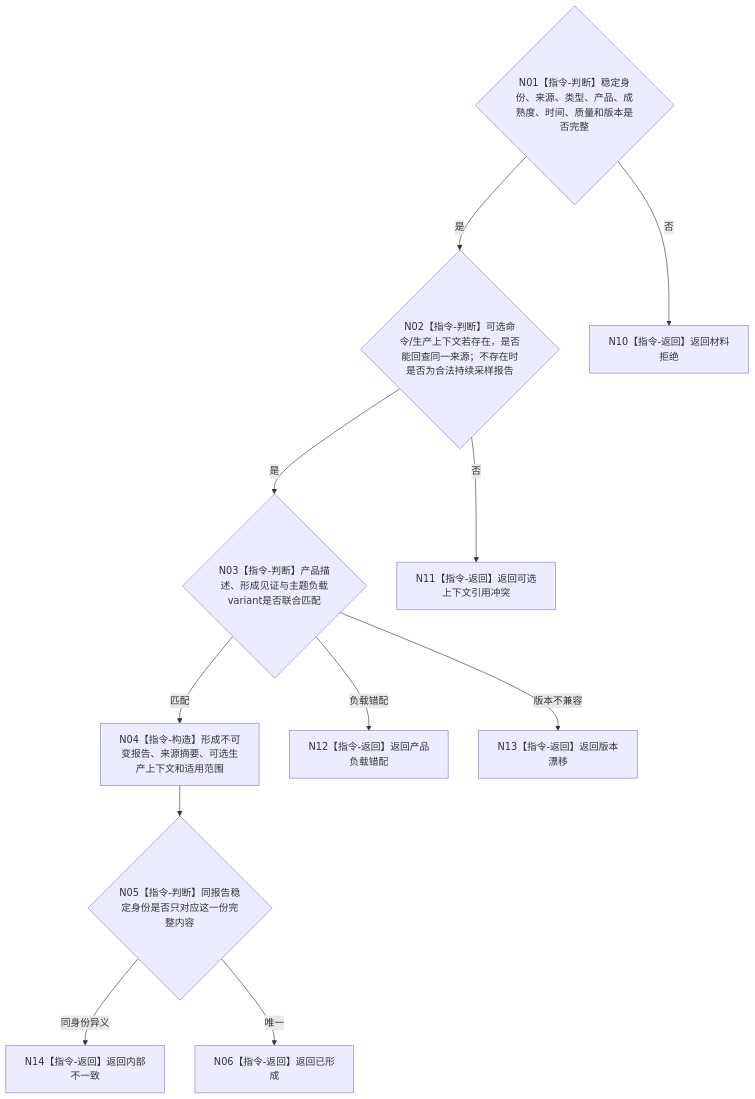
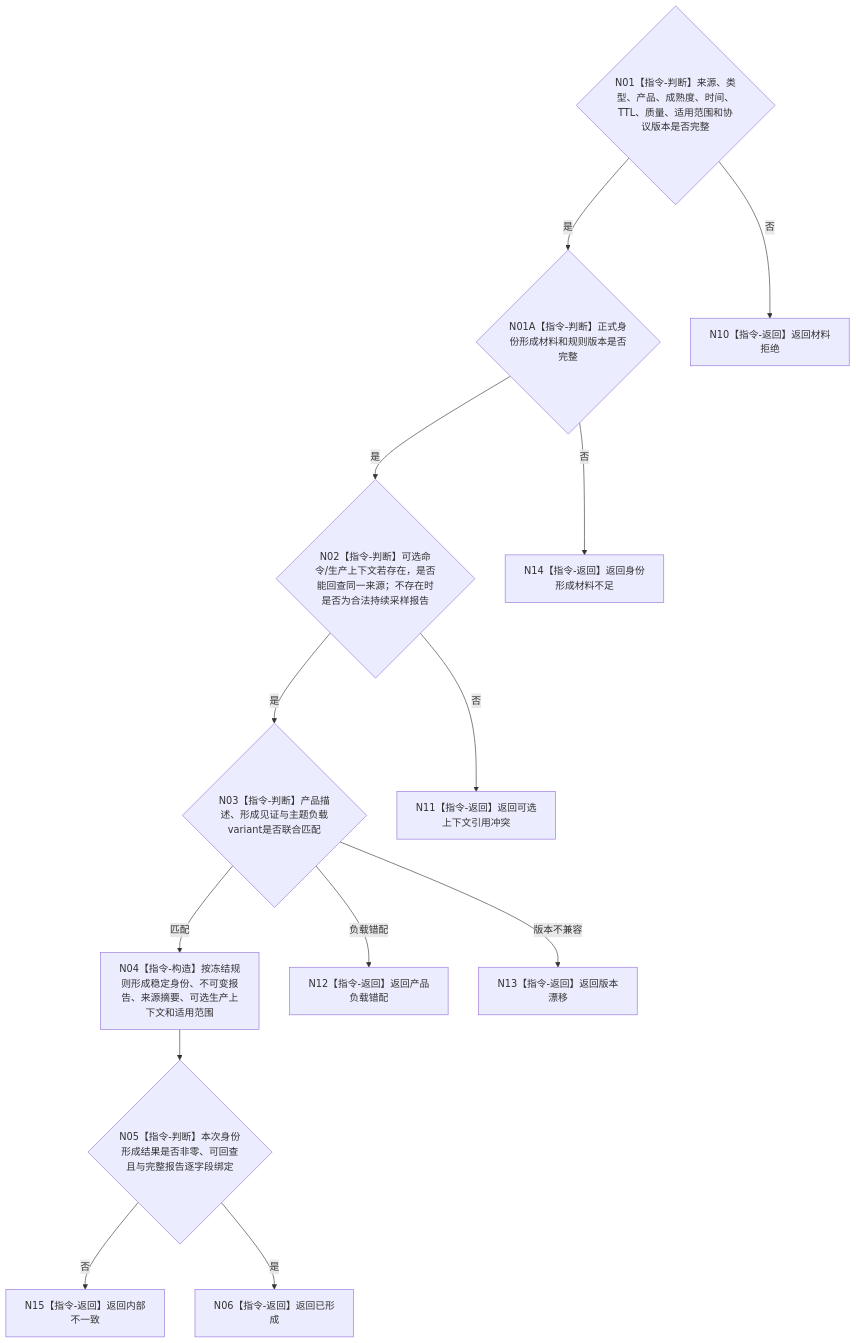
Before and after one commit to chunhaizh-cyber/HY-Ego: the diagram in 流程图/目标业务流程图/L3/BIZ-L3-006-03-04_构造强类型外设报告_目标函数流程图_v0.2.md, drawn with Mermaid. The commit also changed other lines of this file and 20 other files, not shown here.

Commit message:
校正 BIZ-L2-006 外设流程图

````diff
--- a/流程图/目标业务流程图/L3/BIZ-L3-006-03-04_构造强类型外设报告_目标函数流程图_v0.2.md
+++ b/流程图/目标业务流程图/L3/BIZ-L3-006-03-04_构造强类型外设报告_目标函数流程图_v0.2.md
@@ -30,24 +30,28 @@
 ```mermaid
 flowchart TD
-    N01{"N01【指令-判断】稳定身份、来源、类型、产品、成熟度、时间、质量和版本是否完整"}
+    N01{"N01【指令-判断】来源、类型、产品、成熟度、时间、TTL、质量、适用范围和协议版本是否完整"}
+    N01A{"N01A【指令-判断】正式身份形成材料和规则版本是否完整"}
     N02{"N02【指令-判断】可选命令/生产上下文若存在，是否能回查同一来源；不存在时是否为合法持续采样报告"}
     N03{"N03【指令-判断】产品描述、形成见证与主题负载variant是否联合匹配"}
-    N04["N04【指令-构造】形成不可变报告、来源摘要、可选生产上下文和适用范围"]
-    N05{"N05【指令-判断】同报告稳定身份是否只对应这一份完整内容"}
+    N04["N04【指令-构造】按冻结规则形成稳定身份、不可变报告、来源摘要、可选生产上下文和适用范围"]
+    N05{"N05【指令-判断】本次身份形成结果是否非零、可回查且与完整报告逐字段绑定"}
     N06["N06【指令-返回】返回已形成"]
     N10["N10【指令-返回】返回材料拒绝"]
     N11["N11【指令-返回】返回可选上下文引用冲突"]
     N12["N12【指令-返回】返回产品负载错配"]
     N13["N13【指令-返回】返回版本漂移"]
-    N14["N14【指令-返回】返回内部不一致"]
+    N14["N14【指令-返回】返回身份形成材料不足"]
+    N15["N15【指令-返回】返回内部不一致"]
 
     N01 -->|否| N10
-    N01 -->|是| N02
+    N01 -->|是| N01A
+    N01A -->|否| N14
+    N01A -->|是| N02
     N02 -->|否| N11
     N02 -->|是| N03
     N03 -->|负载错配| N12
     N03 -->|版本不兼容| N13
     N03 -->|匹配| N04 --> N05
-    N05 -->|同身份异义| N14
-    N05 -->|唯一| N06
+    N05 -->|否| N15
+    N05 -->|是| N06
 ```
````
